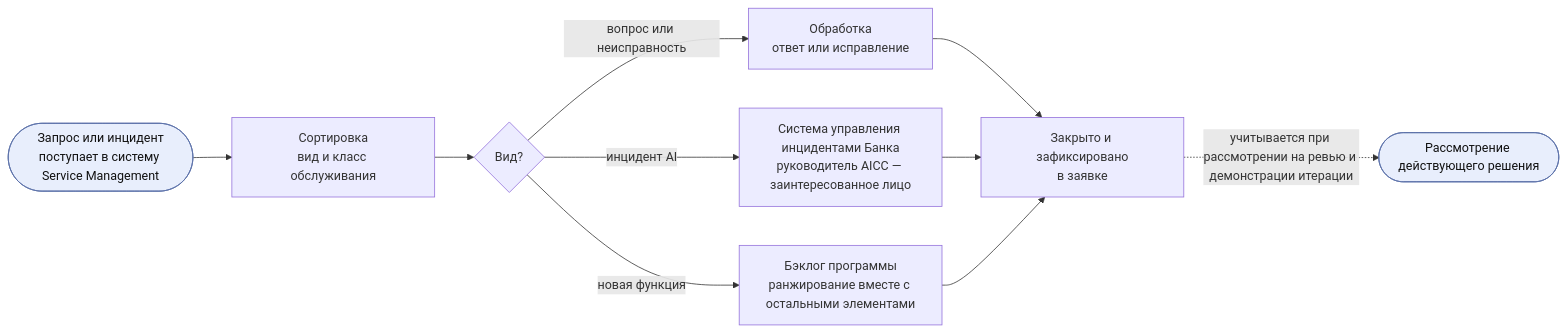
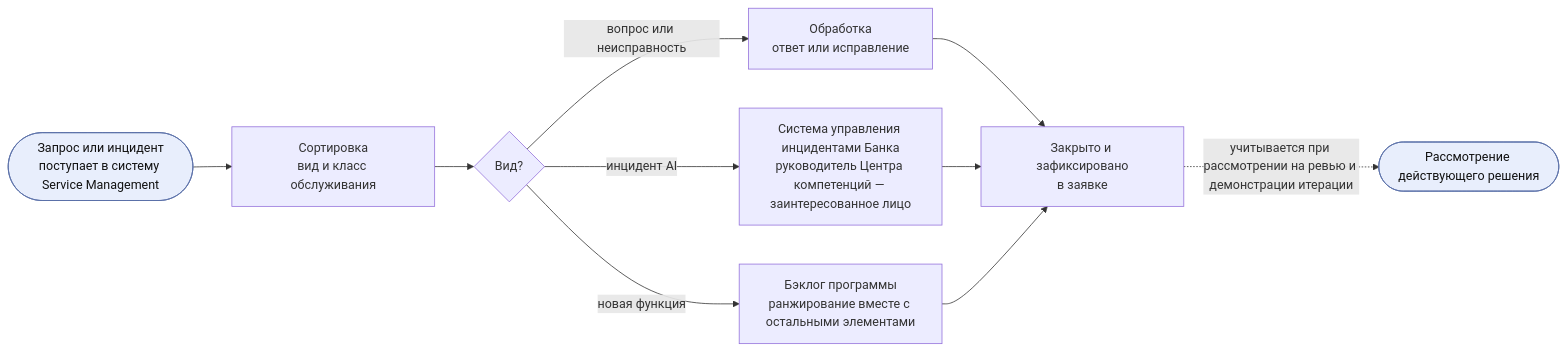
Diagram 12 of 13 in charter/ru/documents/solution-lifecycle-model.md (devhogu/ob-aicc), drawn with Mermaid before and after one commit. The commit also changed other lines of this file and 1149 other files, not shown here.

````diff
--- a/charter/ru/documents/solution-lifecycle-model.md
+++ b/charter/ru/documents/solution-lifecycle-model.md
@@ -456,13 +456,13 @@
 ```mermaid
 flowchart LR
   RQ(["Запрос или инцидент<br/>поступает в систему Service Management"]):::iface --> TR["Сортировка<br/>вид и класс обслуживания"]
   TR --> K{"Вид?"}
-  K -->|инцидент AI| IM["Система управления инцидентами Банка<br/>руководитель AICC — заинтересованное лицо"]
+  K -->|инцидент AI| IM["Система управления инцидентами Банка<br/>руководитель Центра компетенций — заинтересованное лицо"]
   K -->|вопрос или неисправность| HD["Обработка<br/>ответ или исправление"]
   K -->|новая функция| PB["Бэклог программы<br/>ранжирование вместе с остальными элементами"]
   HD --> CL["Закрыто и зафиксировано<br/>в заявке"]
   IM --> CL
   PB --> CL
   CL -.учитывается при рассмотрении на ревью и демонстрации итерации.-> RV(["Рассмотрение действующего решения"]):::iface
   classDef iface fill:#e8eefc,stroke:#5a6fa8,color:#111
 ```
````
